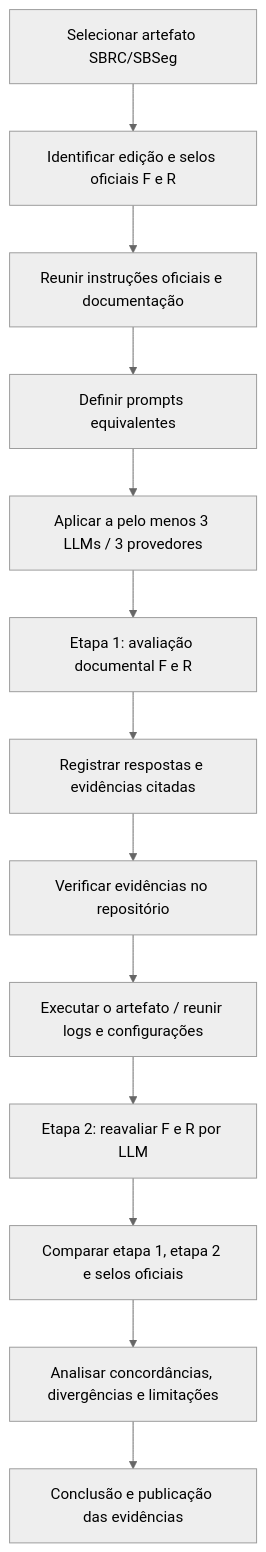
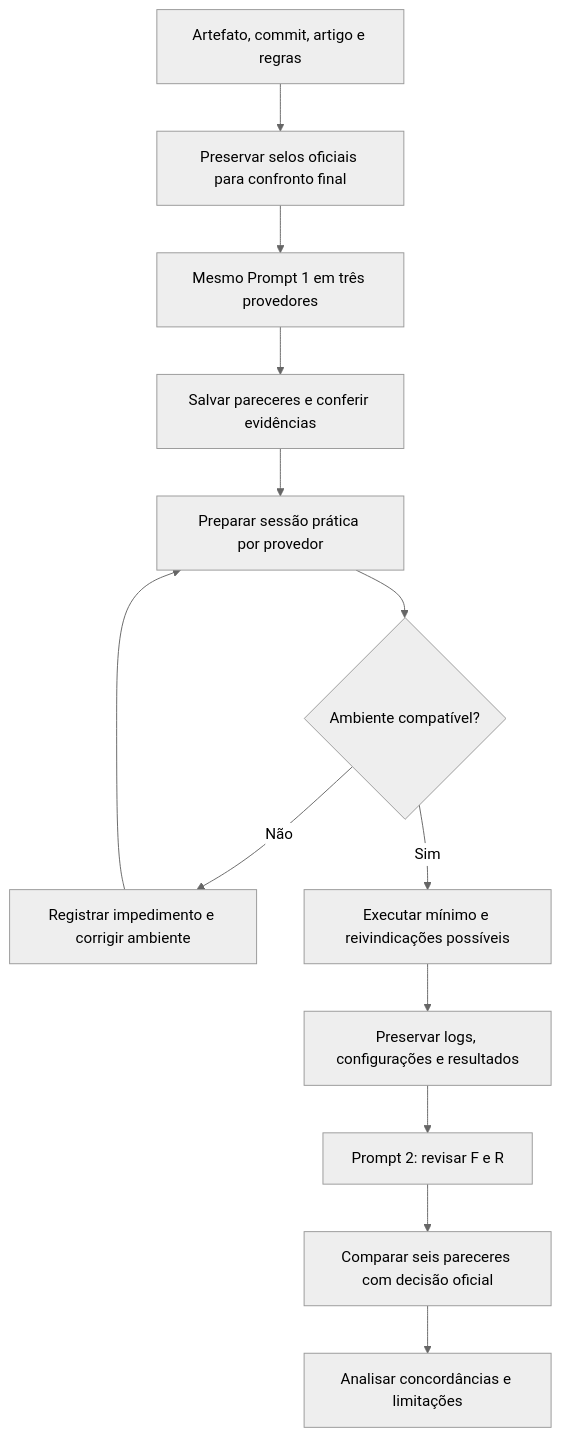
The diagram in FLUXOGRAMA.md (fernandomarquesaluno-svg/ativ_revisao_artfatos_multiplas_llms), drawn with Mermaid (neutral theme) before and after one commit. The commit also changed other lines of this file and 9 other files, not shown here.

Commit message:
Corrige critérios F/R, remove resultados sem comprovação e prepara coleta por três provedores

````diff
--- a/FLUXOGRAMA.md
+++ b/FLUXOGRAMA.md
@@ -5,15 +5,15 @@
 ```mermaid
 flowchart TD
- A["Selecionar artefato SBRC/SBSeg"] --> B["Identificar edição e selos oficiais F e R"]
- B --> C["Reunir instruções oficiais e documentação"]
- C --> D["Definir prompts equivalentes"]
- D --> E["Aplicar a pelo menos 3 LLMs / 3 provedores"]
- E --> F["Etapa 1: avaliação documental F e R"]
- F --> G["Registrar respostas e evidências citadas"]
- G --> H["Verificar evidências no repositório"]
- H --> I["Executar o artefato / reunir logs e configurações"]
- I --> J["Etapa 2: reavaliar F e R por LLM"]
- J --> K["Comparar etapa 1, etapa 2 e selos oficiais"]
- K --> L["Analisar concordâncias, divergências e limitações"]
- L --> M["Conclusão e publicação das evidências"]
+ A["Artefato, commit, artigo e regras"] --> B["Preservar selos oficiais para confronto final"]
+ B --> C["Mesmo Prompt 1 em três provedores"]
+ C --> D["Salvar pareceres e conferir evidências"]
+ D --> E["Preparar sessão prática por provedor"]
+ E --> F{"Ambiente compatível?"}
+ F -- Não --> G["Registrar impedimento e corrigir ambiente"]
+ G --> E
+ F -- Sim --> H["Executar mínimo e reivindicações possíveis"]
+ H --> I["Preservar logs, configurações e resultados"]
+ I --> J["Prompt 2: revisar F e R"]
+ J --> K["Comparar seis pareceres com decisão oficial"]
+ K --> L["Analisar concordâncias e limitações"]
 ```
````
